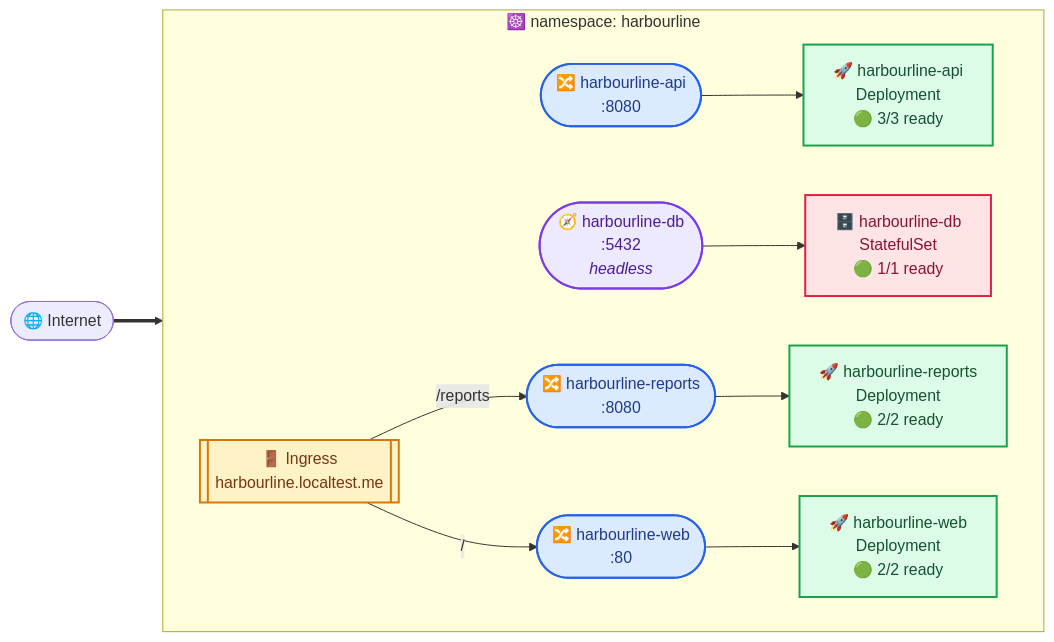
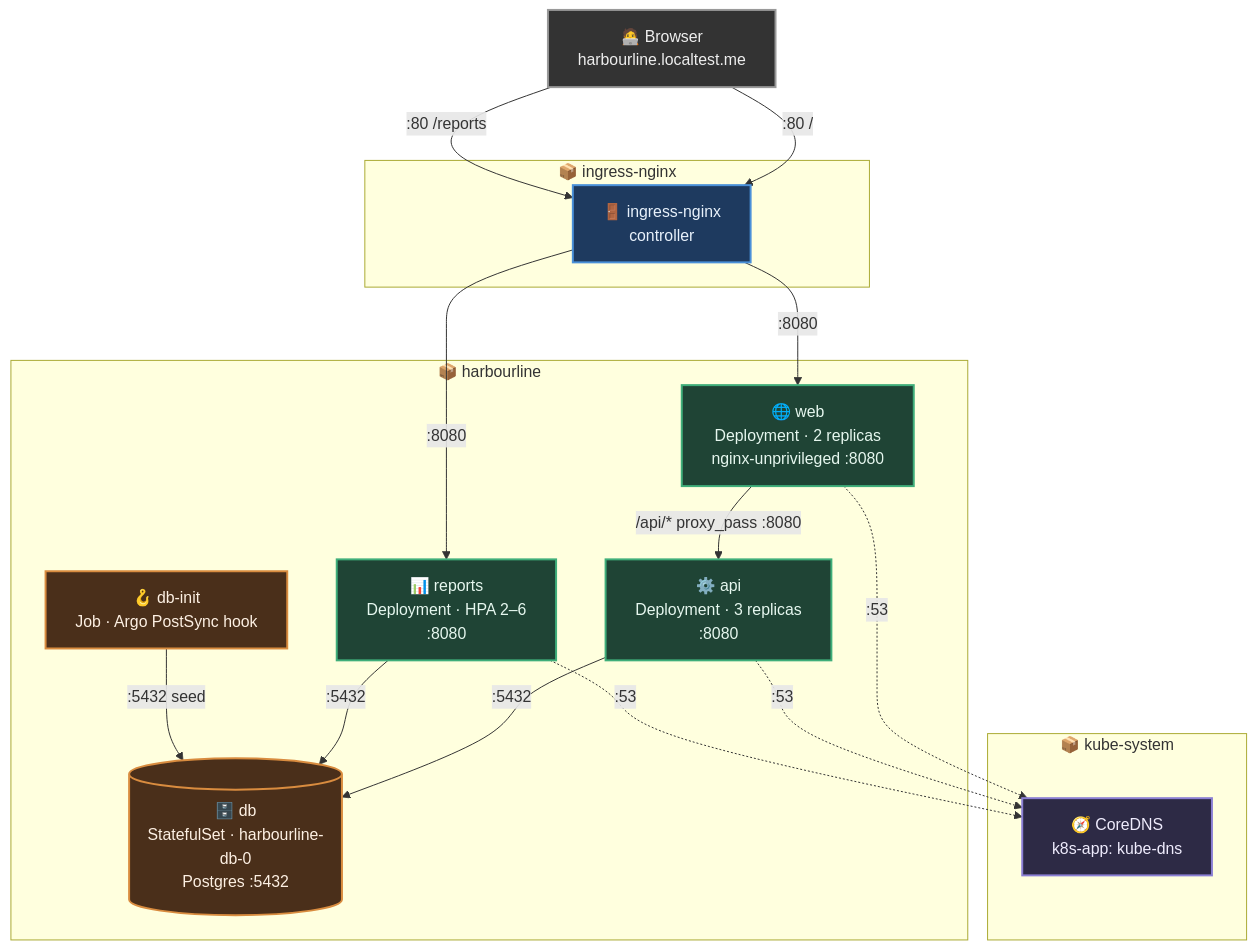
One commit to rkhnania/harbourline-k8s-lab changed the first of 3 diagrams in docs/architecture.md. Above: the diagram before and after it, drawn with Mermaid. The commit also changed other lines of this file, not shown here.

Commit message:
Update architecture docs: network policy model, security boundaries, UI redesign

````diff
--- a/docs/architecture.md
+++ b/docs/architecture.md
@@ -7,36 +17,45 @@
 ```mermaid
-flowchart LR
-  internet(["🌐 Internet"])
+flowchart TB
+    browser["🧑‍💻 Browser<br/>harbourline.localtest.me"]
 
-  subgraph ns["☸️  namespace: harbourline"]
-    direction LR
-    ing_harbourline[["🚪 Ingress<br/>harbourline.localtest.me"]]
-    svc_harbourline_api(["🔀 harbourline-api<br/>:8080"])
-    wl_harbourline_api["🚀 harbourline-api<br/>Deployment<br/>🟢 3/3 ready"]
-    svc_harbourline_db(["🧭 harbourline-db<br/>:5432<br/><i>headless</i>"])
-    wl_harbourline_db["🗄️ harbourline-db<br/>StatefulSet<br/>🟢 1/1 ready"]
-    svc_harbourline_reports(["🔀 harbourline-reports<br/>:8080"])
-    wl_harbourline_reports["🚀 harbourline-reports<br/>Deployment<br/>🟢 2/2 ready"]
-    svc_harbourline_web(["🔀 harbourline-web<br/>:80"])
-    wl_harbourline_web["🚀 harbourline-web<br/>Deployment<br/>🟢 2/2 ready"]
-  end
+    subgraph ingressns["📦 ingress-nginx"]
+        nginx["🚪 ingress-nginx<br/>controller"]
+    end
 
-  ing_harbourline -->|"/"| svc_harbourline_web
-  ing_harbourline -->|"/reports"| svc_harbourline_reports
-  internet ==> ing_harbourline
-  svc_harbourline_api --> wl_harbourline_api
-  svc_harbourline_db --> wl_harbourline_db
-  svc_harbourline_reports --> wl_harbourline_reports
-  svc_harbourline_web --> wl_harbourline_web
+    subgraph kubesystem["📦 kube-system"]
+        dns["🧭 CoreDNS<br/>k8s-app: kube-dns"]
+    end
 
-  classDef ing  fill:#fef3c7,stroke:#d97706,stroke-width:2px,color:#78350f
-  classDef svc  fill:#dbeafe,stroke:#2563eb,stroke-width:2px,color:#1e3a8a
-  classDef hsvc fill:#ede9fe,stroke:#7c3aed,stroke-width:2px,color:#4c1d95
-  classDef wl   fill:#dcfce7,stroke:#16a34a,stroke-width:2px,color:#14532d
-  classDef sts  fill:#ffe4e6,stroke:#e11d48,stroke-width:2px,color:#881337
-  class ing_harbourline ing
-  class svc_harbourline_api,svc_harbourline_reports,svc_harbourline_web svc
-  class svc_harbourline_db hsvc
-  class wl_harbourline_api,wl_harbourline_reports,wl_harbourline_web wl
-  class wl_harbourline_db sts
+    subgraph hl["📦 harbourline"]
+        web["🌐 web<br/>Deployment · 2 replicas<br/>nginx-unprivileged :8080"]
+        api["⚙️ api<br/>Deployment · 3 replicas<br/>:8080"]
+        reports["📊 reports<br/>Deployment · HPA 2–6<br/>:8080"]
+        db[("🗄️ db<br/>StatefulSet · harbourline-db-0<br/>Postgres :5432")]
+        dbinit["🪝 db-init<br/>Job · Argo PostSync hook"]
+    end
+
+    browser -->|":80 /"| nginx
+    browser -->|":80 /reports"| nginx
+    nginx -->|":8080"| web
+    nginx -->|":8080"| reports
+    web -->|"/api/* proxy_pass :8080"| api
+    api -->|":5432"| db
+    reports -->|":5432"| db
+    dbinit -->|":5432 seed"| db
+
+    web -.->|":53"| dns
+    api -.->|":53"| dns
+    reports -.->|":53"| dns
+
+    classDef gw fill:#1e3a5f,stroke:#4a90d9,stroke-width:2px,color:#e8f1fb
+    classDef app fill:#1f4435,stroke:#3fae7a,stroke-width:2px,color:#e6f7ef
+    classDef data fill:#4a2f1a,stroke:#d98c3f,stroke-width:2px,color:#fdf0e3
+    classDef infra fill:#2d2a45,stroke:#8b7fd4,stroke-width:2px,color:#efecfd
+    classDef client fill:#333,stroke:#999,stroke-width:2px,color:#eee
+
+    class nginx gw
+    class web,api,reports app
+    class db,dbinit data
+    class dns infra
+    class browser client
 ```
````
